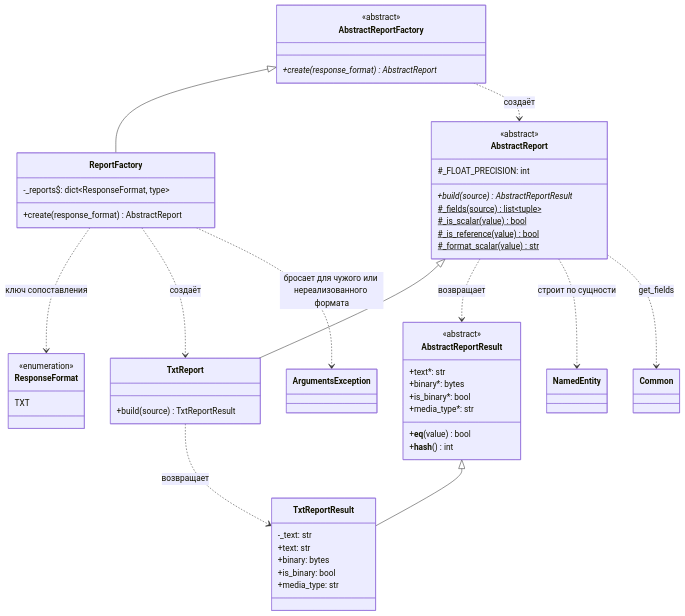
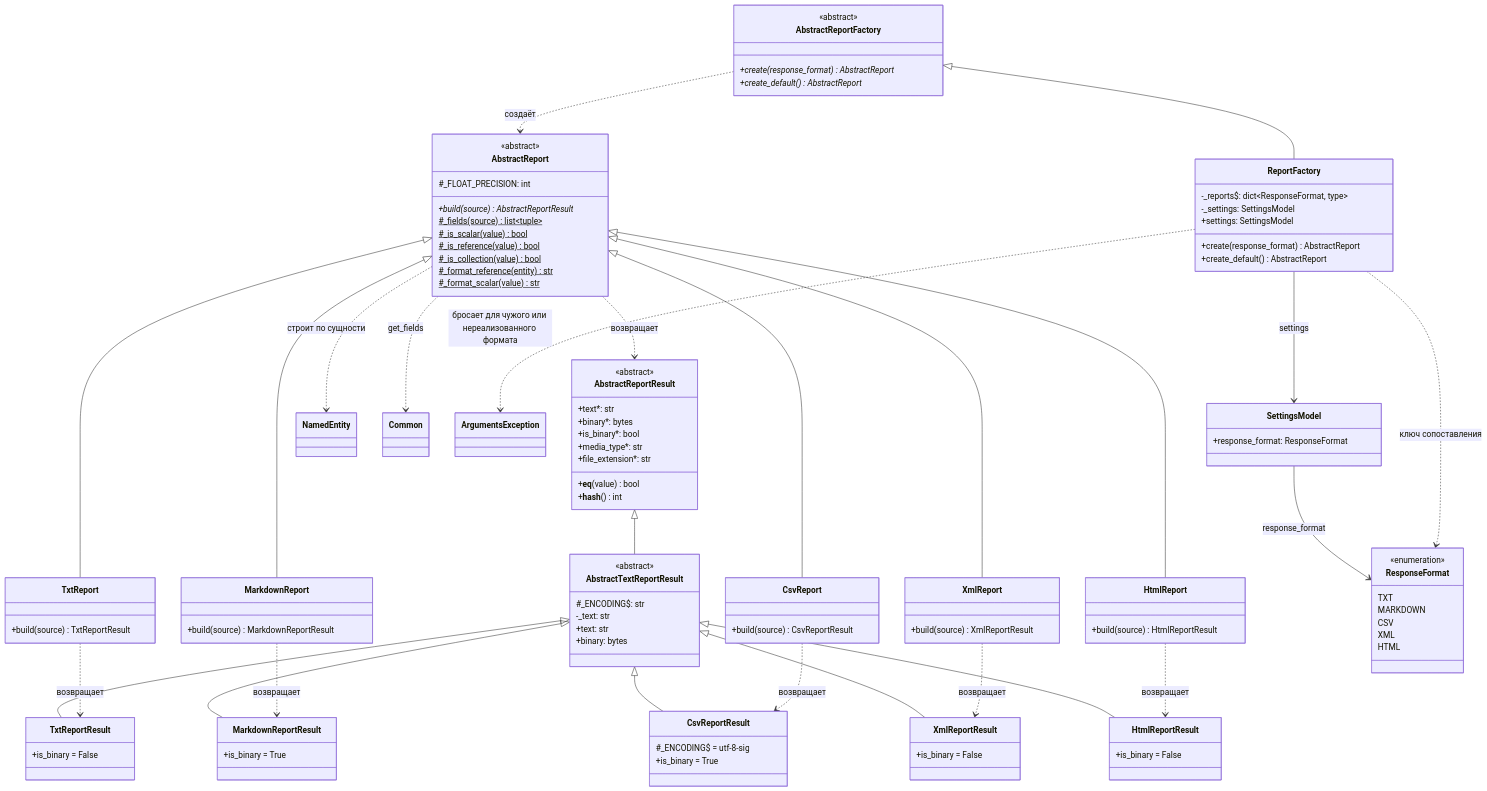
One commit to asutenshi/design-patterns changed the sixth of 6 diagrams in Docs/ClassDiagram.md. Above: the diagram before and after it, drawn with Mermaid. The commit also changed other lines of this file and 35 other files, not shown here.

First line of the commit message:
feat: add Markdown, CSV, XML and HTML reports with default format from settings

```diff
--- a/Docs/ClassDiagram.md
+++ b/Docs/ClassDiagram.md
@@ -574,11 +590,15 @@
     class AbstractReportFactory {
         <<abstract>>
         +create(response_format)* AbstractReport
+        +create_default()* AbstractReport
     }
 
     class ReportFactory {
         -_reports$: dict~ResponseFormat, type~
+        -_settings: SettingsModel
+        +settings: SettingsModel
         +create(response_format) AbstractReport
+        +create_default() AbstractReport
     }
 
     class AbstractReport {
@@ -588,11 +608,29 @@
         #_fields(source)$ list~tuple~
         #_is_scalar(value)$ bool
         #_is_reference(value)$ bool
+        #_is_collection(value)$ bool
+        #_format_reference(entity)$ str
         #_format_scalar(value)$ str
     }
 
     class TxtReport {
         +build(source) TxtReportResult
+    }
+
+    class MarkdownReport {
+        +build(source) MarkdownReportResult
+    }
+
+    class CsvReport {
+        +build(source) CsvReportResult
+    }
+
+    class XmlReport {
+        +build(source) XmlReportResult
+    }
+
+    class HtmlReport {
+        +build(source) HtmlReportResult
     }
 
     class AbstractReportResult {
@@ -601,21 +639,51 @@
         +binary*: bytes
         +is_binary*: bool
         +media_type*: str
+        +file_extension*: str
         +__eq__(value) bool
         +__hash__() int
     }
 
-    class TxtReportResult {
+    class AbstractTextReportResult {
+        <<abstract>>
+        #_ENCODING$: str
         -_text: str
         +text: str
         +binary: bytes
-        +is_binary: bool
-        +media_type: str
+    }
+
+    class TxtReportResult {
+        +is_binary = False
+    }
+
+    class MarkdownReportResult {
+        +is_binary = True
+    }
+
+    class CsvReportResult {
+        #_ENCODING$ = utf-8-sig
+        +is_binary = True
+    }
+
+    class XmlReportResult {
+        +is_binary = False
+    }
+
+    class HtmlReportResult {
+        +is_binary = False
     }
 
     class ResponseFormat {
         <<enumeration>>
         TXT
+        MARKDOWN
+        CSV
+        XML
+        HTML
+    }
+
+    class SettingsModel {
+        +response_format: ResponseFormat
     }
 
     class NamedEntity
@@ -624,12 +692,26 @@
 
     AbstractReportFactory <|-- ReportFactory
     AbstractReport <|-- TxtReport
-    AbstractReportResult <|-- TxtReportResult
+    AbstractReport <|-- MarkdownReport
+    AbstractReport <|-- CsvReport
+    AbstractReport <|-- XmlReport
+    AbstractReport <|-- HtmlReport
+    AbstractReportResult <|-- AbstractTextReportResult
+    AbstractTextReportResult <|-- TxtReportResult
+    AbstractTextReportResult <|-- MarkdownReportResult
+    AbstractTextReportResult <|-- CsvReportResult
+    AbstractTextReportResult <|-- XmlReportResult
+    AbstractTextReportResult <|-- HtmlReportResult
     AbstractReportFactory ..> AbstractReport : создаёт
+    ReportFactory --> SettingsModel : settings
+    SettingsModel --> ResponseFormat : response_format
     ReportFactory ..> ResponseFormat : ключ сопоставления
-    ReportFactory ..> TxtReport : создаёт
     AbstractReport ..> AbstractReportResult : возвращает
     TxtReport ..> TxtReportResult : возвращает
+    MarkdownReport ..> MarkdownReportResult : возвращает
+    CsvReport ..> CsvReportResult : возвращает
+    XmlReport ..> XmlReportResult : возвращает
+    HtmlReport ..> HtmlReportResult : возвращает
     AbstractReport ..> NamedEntity : строит по сущности
     AbstractReport ..> Common : get_fields
     ReportFactory ..> ArgumentsException : бросает для чужого или нереализованного формата
```
